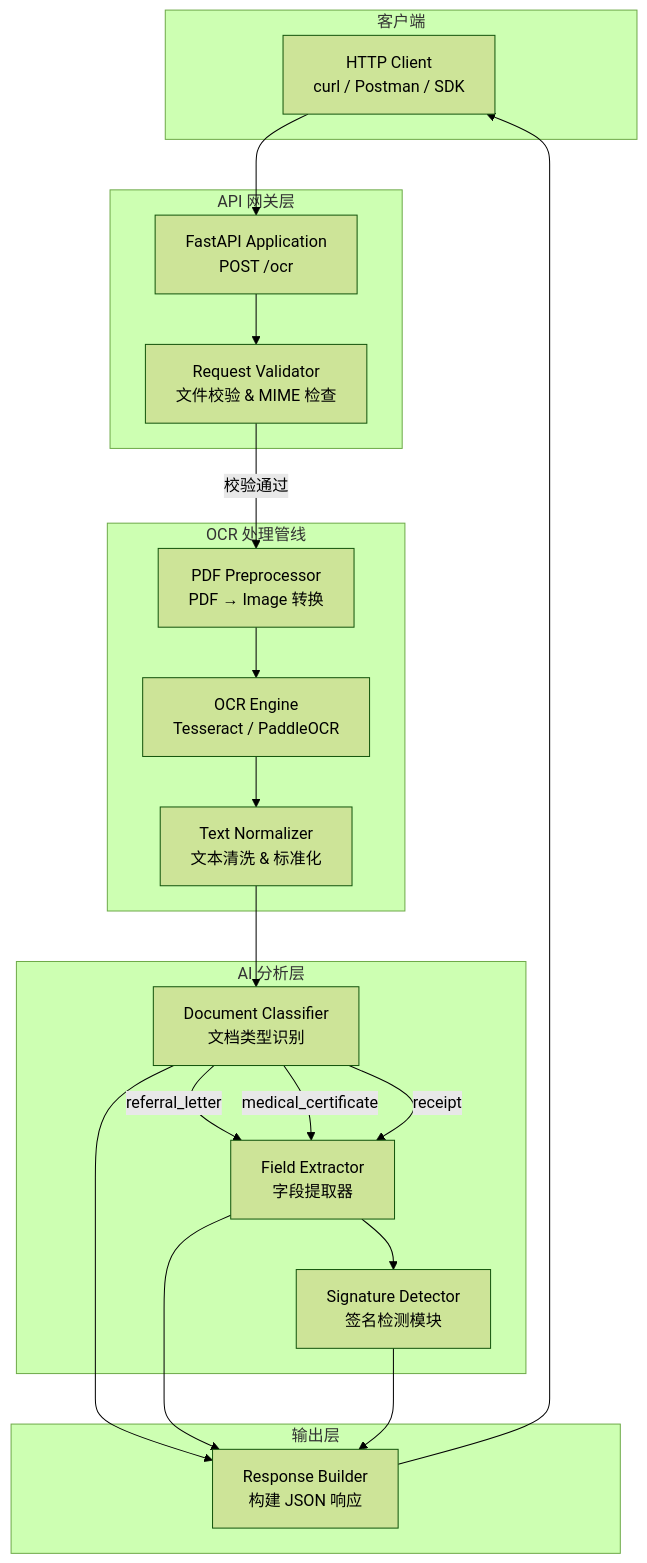
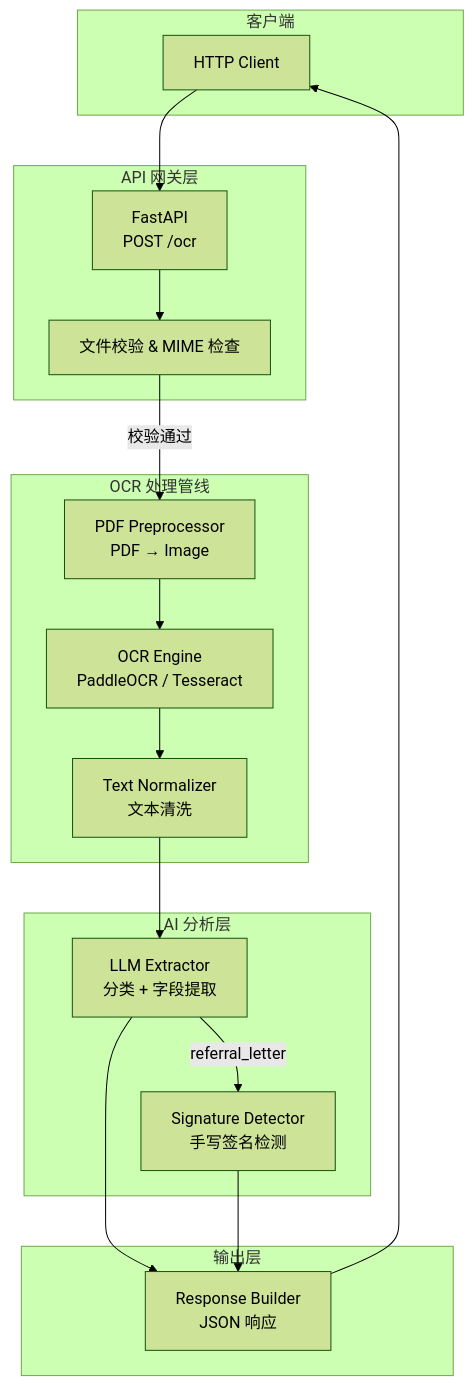
The first of 2 diagrams in doc/开发文档.md (wpm-recs/medical-ocr-api), drawn with Mermaid (forest theme) before and after one commit. The commit also changed other lines of this file and 17 other files, not shown here.

````diff
--- a/doc/开发文档.md
+++ b/doc/开发文档.md
@@ -64,40 +52,35 @@
 ```mermaid
 graph TB
     subgraph Client["客户端"]
-        A[HTTP Client<br/>curl / Postman / SDK]
+        A[HTTP Client]
     end
 
     subgraph APIGateway["API 网关层"]
-        B[FastAPI Application<br/>POST /ocr]
-        B1[Request Validator<br/>文件校验 & MIME 检查]
+        B[FastAPI<br/>POST /ocr]
+        B1[文件校验 & MIME 检查]
     end
 
     subgraph Pipeline["OCR 处理管线"]
-        C[PDF Preprocessor<br/>PDF → Image 转换]
-        D[OCR Engine<br/>Tesseract / PaddleOCR]
-        E[Text Normalizer<br/>文本清洗 & 标准化]
+        C[PDF Preprocessor<br/>PDF → Image]
+        D[OCR Engine<br/>PaddleOCR / Tesseract]
+        E[Text Normalizer<br/>文本清洗]
     end
 
     subgraph AI["AI 分析层"]
-        F[Document Classifier<br/>文档类型识别]
-        G[Field Extractor<br/>字段提取器]
-        H[Signature Detector<br/>签名检测模块]
+        F[LLM Extractor<br/>分类 + 字段提取]
+        G[Signature Detector<br/>手写签名检测]
     end
 
     subgraph Output["输出层"]
-        I[Response Builder<br/>构建 JSON 响应]
+        H[Response Builder<br/>JSON 响应]
     end
 
     A --> B --> B1
     B1 -->|校验通过| C
     C --> D --> E
     E --> F
     F -->|referral_letter| G
-    F -->|medical_certificate| G
-    F -->|receipt| G
+    F --> H
     G --> H
-    F --> I
-    G --> I
-    H --> I
-    I --> A
+    H --> A
 ```
````
